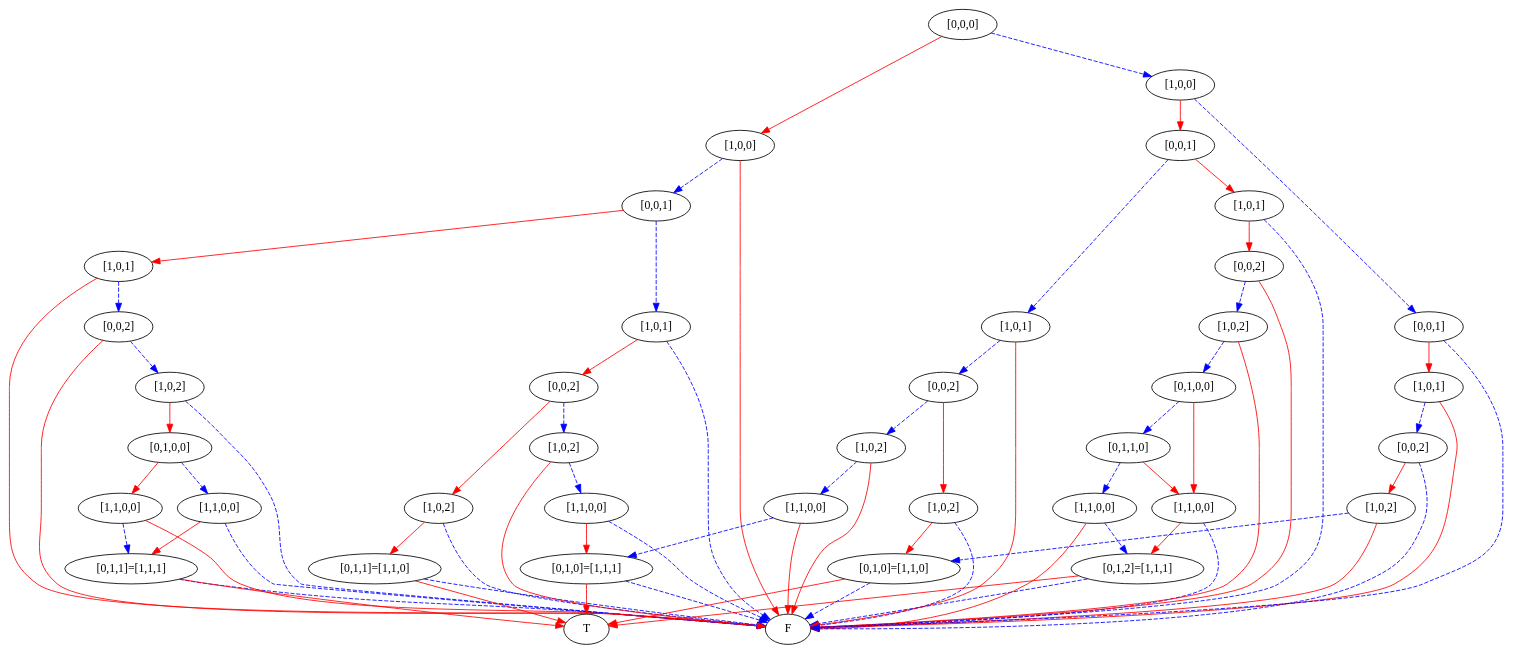
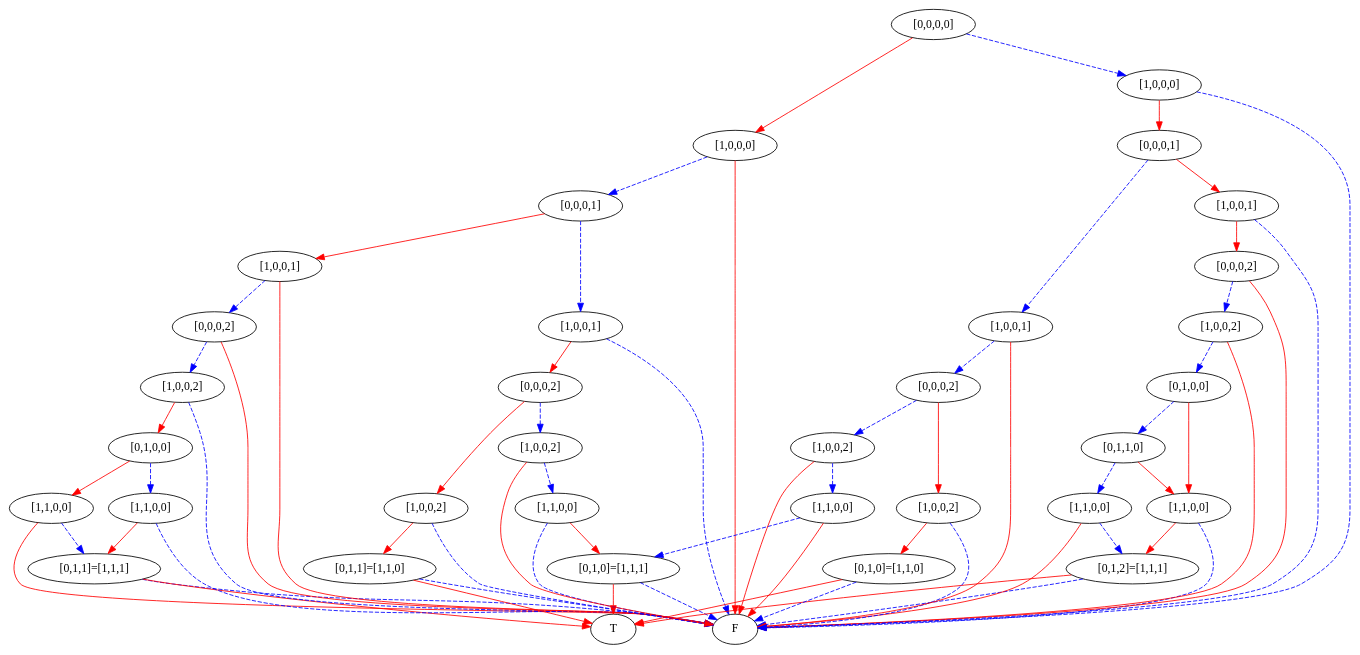
One commit to mburyakov/minxmod changed the diagram in simpleProgram1.dot. Above: the diagram before and after it, drawn with Graphviz. The commit also changed 5 other files, not shown here.

```diff
--- a/simpleProgram1.dot
+++ b/simpleProgram1.dot
@@ -1,152 +1,136 @@
 digraph {
     1 [label=F];
     2 [label=T];
     3 [label="[0,1,1]=[1,1,1]"];
     4 [label="[1,1,0,0]"];
     5 [label="[1,1,0,0]"];
     6 [label="[0,1,0,0]"];
-    7 [label="[1,0,2]"];
-    8 [label="[0,0,2]"];
-    9 [label="[1,0,1]"];
+    7 [label="[1,0,0,2]"];
+    8 [label="[0,0,0,2]"];
+    9 [label="[1,0,0,1]"];
     10 [label="[0,1,1]=[1,1,0]"];
-    11 [label="[1,0,2]"];
+    11 [label="[1,0,0,2]"];
     12 [label="[0,1,0]=[1,1,1]"];
     13 [label="[1,1,0,0]"];
-    14 [label="[1,0,2]"];
-    15 [label="[0,0,2]"];
-    16 [label="[1,0,1]"];
-    17 [label="[0,0,1]"];
-    18 [label="[1,0,0]"];
+    14 [label="[1,0,0,2]"];
+    15 [label="[0,0,0,2]"];
+    16 [label="[1,0,0,1]"];
+    17 [label="[0,0,0,1]"];
+    18 [label="[1,0,0,0]"];
     19 [label="[0,1,2]=[1,1,1]"];
     20 [label="[1,1,0,0]"];
     21 [label="[1,1,0,0]"];
     22 [label="[0,1,1,0]"];
     23 [label="[0,1,0,0]"];
-    24 [label="[1,0,2]"];
-    25 [label="[0,0,2]"];
-    26 [label="[1,0,1]"];
+    24 [label="[1,0,0,2]"];
+    25 [label="[0,0,0,2]"];
+    26 [label="[1,0,0,1]"];
     27 [label="[0,1,0]=[1,1,0]"];
-    28 [label="[1,0,2]"];
+    28 [label="[1,0,0,2]"];
     29 [label="[1,1,0,0]"];
-    30 [label="[1,0,2]"];
-    31 [label="[0,0,2]"];
-    32 [label="[1,0,1]"];
-    33 [label="[0,0,1]"];
-    34 [label="[1,0,2]"];
-    35 [label="[0,0,2]"];
-    36 [label="[1,0,1]"];
-    37 [label="[0,0,1]"];
-    38 [label="[1,0,0]"];
-    39 [label="[0,0,0]"];
+    30 [label="[1,0,0,2]"];
+    31 [label="[0,0,0,2]"];
+    32 [label="[1,0,0,1]"];
+    33 [label="[0,0,0,1]"];
+    34 [label="[1,0,0,0]"];
+    35 [label="[0,0,0,0]"];
     3 -> 1 [style=dashed
            ,color=blue];
     3 -> 2 [color=red];
     4 -> 3 [style=dashed
            ,color=blue];
     4 -> 1 [color=red];
     5 -> 3 [color=red];
     5 -> 1 [style=dashed
            ,color=blue];
     6 -> 4 [color=red];
     6 -> 5 [style=dashed
            ,color=blue];
     7 -> 6 [color=red];
     7 -> 1 [style=dashed
            ,color=blue];
     8 -> 7 [style=dashed
            ,color=blue];
     8 -> 1 [color=red];
     9 -> 8 [style=dashed
            ,color=blue];
     9 -> 1 [color=red];
     10 -> 1 [style=dashed
             ,color=blue];
     10 -> 2 [color=red];
     11 -> 10 [color=red];
     11 -> 1 [style=dashed
             ,color=blue];
     12 -> 1 [style=dashed
             ,color=blue];
     12 -> 2 [color=red];
     13 -> 12 [color=red];
     13 -> 1 [style=dashed
             ,color=blue];
     14 -> 13 [style=dashed
              ,color=blue];
     14 -> 1 [color=red];
     15 -> 11 [color=red];
     15 -> 14 [style=dashed
              ,color=blue];
     16 -> 15 [color=red];
     16 -> 1 [style=dashed
             ,color=blue];
     17 -> 9 [color=red];
     17 -> 16 [style=dashed
              ,color=blue];
     18 -> 17 [style=dashed
              ,color=blue];
     18 -> 1 [color=red];
     19 -> 1 [style=dashed
             ,color=blue];
     19 -> 2 [color=red];
     20 -> 19 [color=red];
     20 -> 1 [style=dashed
             ,color=blue];
     21 -> 19 [style=dashed
              ,color=blue];
     21 -> 1 [color=red];
     22 -> 20 [color=red];
     22 -> 21 [style=dashed
              ,color=blue];
     23 -> 20 [color=red];
     23 -> 22 [style=dashed
              ,color=blue];
     24 -> 23 [style=dashed
              ,color=blue];
     24 -> 1 [color=red];
     25 -> 24 [style=dashed
              ,color=blue];
     25 -> 1 [color=red];
     26 -> 25 [color=red];
     26 -> 1 [style=dashed
             ,color=blue];
     27 -> 1 [style=dashed
             ,color=blue];
     27 -> 2 [color=red];
     28 -> 27 [color=red];
     28 -> 1 [style=dashed
             ,color=blue];
     29 -> 12 [style=dashed
              ,color=blue];
     29 -> 1 [color=red];
     30 -> 29 [style=dashed
              ,color=blue];
     30 -> 1 [color=red];
     31 -> 28 [color=red];
     31 -> 30 [style=dashed
              ,color=blue];
     32 -> 31 [style=dashed
              ,color=blue];
     32 -> 1 [color=red];
     33 -> 26 [color=red];
     33 -> 32 [style=dashed
              ,color=blue];
-    34 -> 27 [style=dashed
-             ,color=blue];
-    34 -> 1 [color=red];
-    35 -> 34 [color=red];
-    35 -> 1 [style=dashed
+    34 -> 33 [color=red];
+    34 -> 1 [style=dashed
             ,color=blue];
-    36 -> 35 [style=dashed
-             ,color=blue];
-    36 -> 1 [color=red];
-    37 -> 36 [color=red];
-    37 -> 1 [style=dashed
-            ,color=blue];
-    38 -> 33 [color=red];
-    38 -> 37 [style=dashed
-             ,color=blue];
-    39 -> 18 [color=red];
-    39 -> 38 [style=dashed
+    35 -> 18 [color=red];
+    35 -> 34 [style=dashed
              ,color=blue];
 }
```
